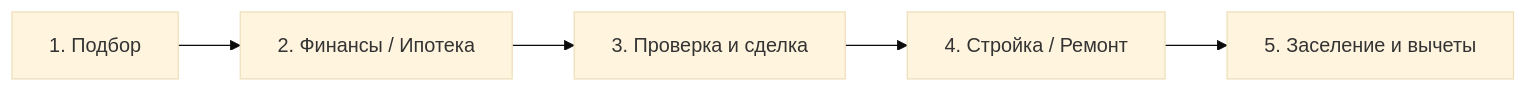
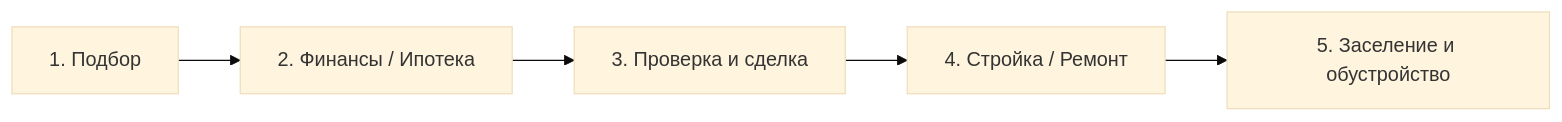
One commit to iichn/rshb-home-guide changed the first of 2 diagrams in README.md. Above: the diagram before and after it, drawn with Mermaid (base theme). The commit also changed other lines of this file and 1 other file, not shown here.

````diff
--- a/README.md
+++ b/README.md
@@ -74,7 +74,7 @@
 ```mermaid
 flowchart LR
     A[1. Подбор] --> B[2. Финансы / Ипотека]
     B --> C[3. Проверка и сделка]
     C --> D[4. Стройка / Ремонт]
-    D --> E[5. Заселение и вычеты]
+    D --> E[5. Заселение и обустройство]
 ```
````
